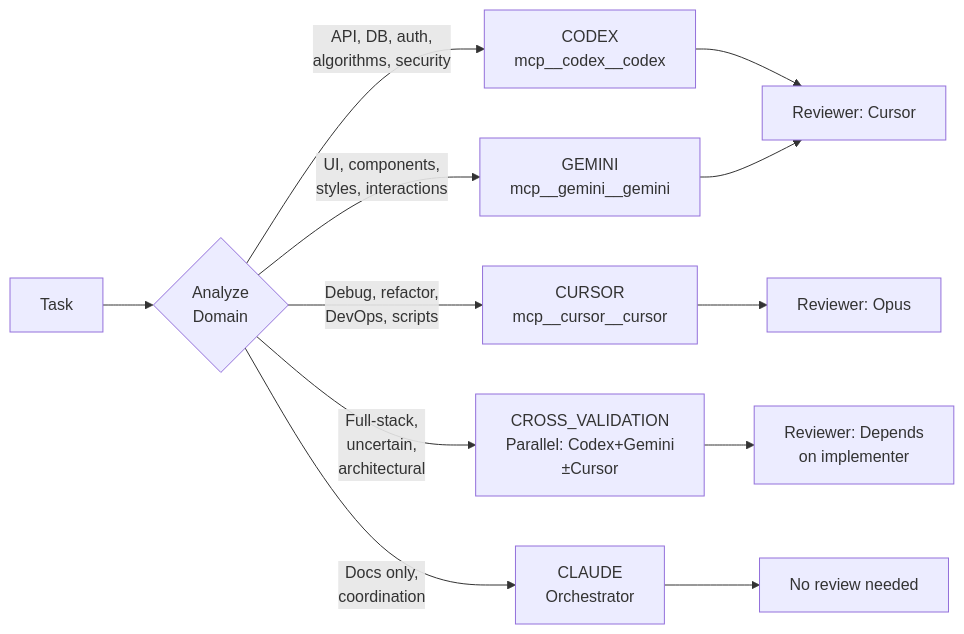
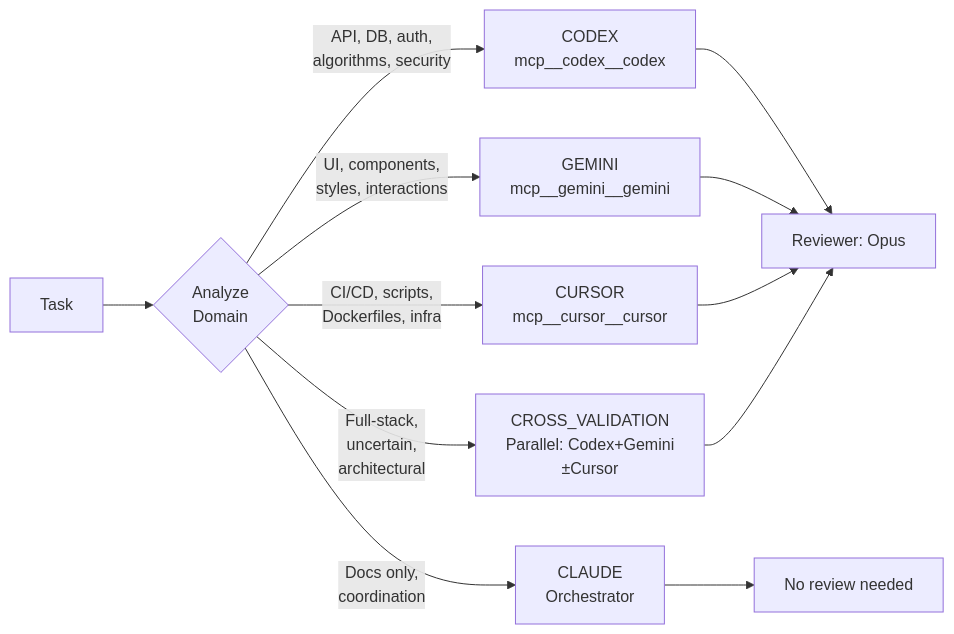
One commit to sitien173/refract changed the third of 6 diagrams in plugin/docs/diagrams/cccg-workflow-architecture.md. Above: the diagram before and after it, drawn with Mermaid. The commit also changed other lines of this file and 23 other files, not shown here.

First line of the commit message:
refactor: narrow Cursor to DevOps-only and remove Cursor reviewer role

````diff
--- a/plugin/docs/diagrams/cccg-workflow-architecture.md
+++ b/plugin/docs/diagrams/cccg-workflow-architecture.md
@@ -135,16 +129,16 @@
 ```mermaid
 flowchart LR
     TASK[Task] --> ANALYZE{Analyze<br>Domain}
 
     ANALYZE -->|"API, DB, auth,<br>algorithms, security"| CODEX_R["CODEX<br>mcp__codex__codex"]
     ANALYZE -->|"UI, components,<br>styles, interactions"| GEMINI_R["GEMINI<br>mcp__gemini__gemini"]
-    ANALYZE -->|"Debug, refactor,<br>DevOps, scripts"| CURSOR_R["CURSOR<br>mcp__cursor__cursor"]
+    ANALYZE -->|"CI/CD, scripts,<br>Dockerfiles, infra"| CURSOR_R["CURSOR<br>mcp__cursor__cursor"]
     ANALYZE -->|"Full-stack,<br>uncertain,<br>architectural"| CROSS["CROSS_VALIDATION<br>Parallel: Codex+Gemini<br>±Cursor"]
     ANALYZE -->|"Docs only,<br>coordination"| CLAUDE_R["CLAUDE<br>Orchestrator"]
 
-    CODEX_R --> REV_C[Reviewer: Cursor]
-    GEMINI_R --> REV_C
-    CURSOR_R --> REV_O[Reviewer: Opus]
-    CROSS --> REV_BOTH["Reviewer: Depends<br>on implementer"]
+    CODEX_R --> REV_O[Reviewer: Opus]
+    GEMINI_R --> REV_O
+    CURSOR_R --> REV_O
+    CROSS --> REV_O
     CLAUDE_R --> NO_REV[No review needed]
 ```
````
